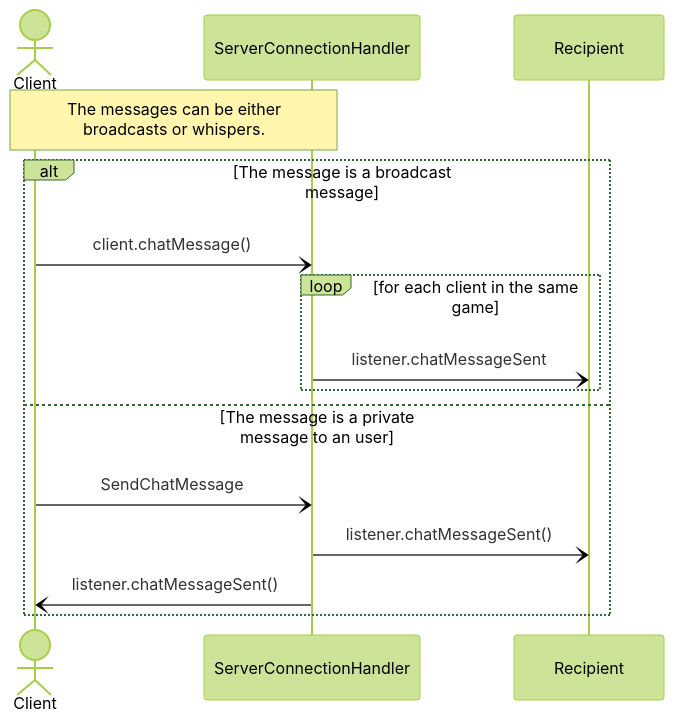
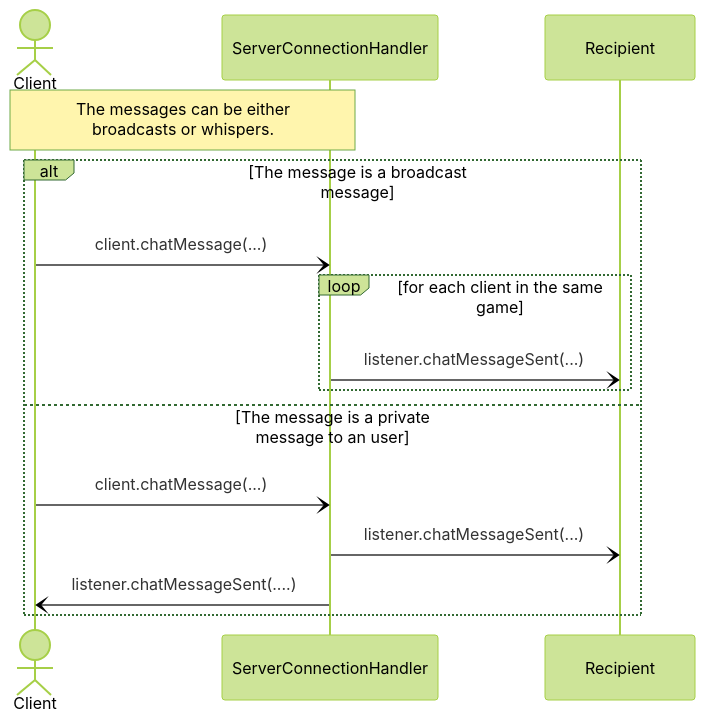
One commit to frephs/IS24-AM21 changed the ninth of 9 diagrams in documentation_wip/network_protocol.md. Above: the diagram before and after it, drawn with Mermaid (forest theme). The commit also changed other lines of this file, not shown here.

````diff
--- a/documentation_wip/network_protocol.md
+++ b/documentation_wip/network_protocol.md
@@ -357,20 +356,20 @@
 ```mermaid
 sequenceDiagram
 actor Client
 participant Server as ServerConnectionHandler
 Note over Client, Server: The messages can be either <br>broadcasts or whispers.
 alt The message is a broadcast message
-    Client -) Server: client.chatMessage()
+    Client -) Server: client.chatMessage(...)
     loop for each client in the same game
-        Server -) Recipient: listener.chatMessageSent
+        Server -) Recipient: listener.chatMessageSent(...)
     end
 else The message is a private message to an user
     actor Recipient
-    Client -) Server: SendChatMessage
-    Server -) Recipient: listener.chatMessageSent()
-    Server -) Client: listener.chatMessageSent()
+    Client -) Server: client.chatMessage(...)
+    Server -) Recipient: listener.chatMessageSent(...)
+    Server -) Client: listener.chatMessageSent(....)
 end
 
 
 
 ```
````
